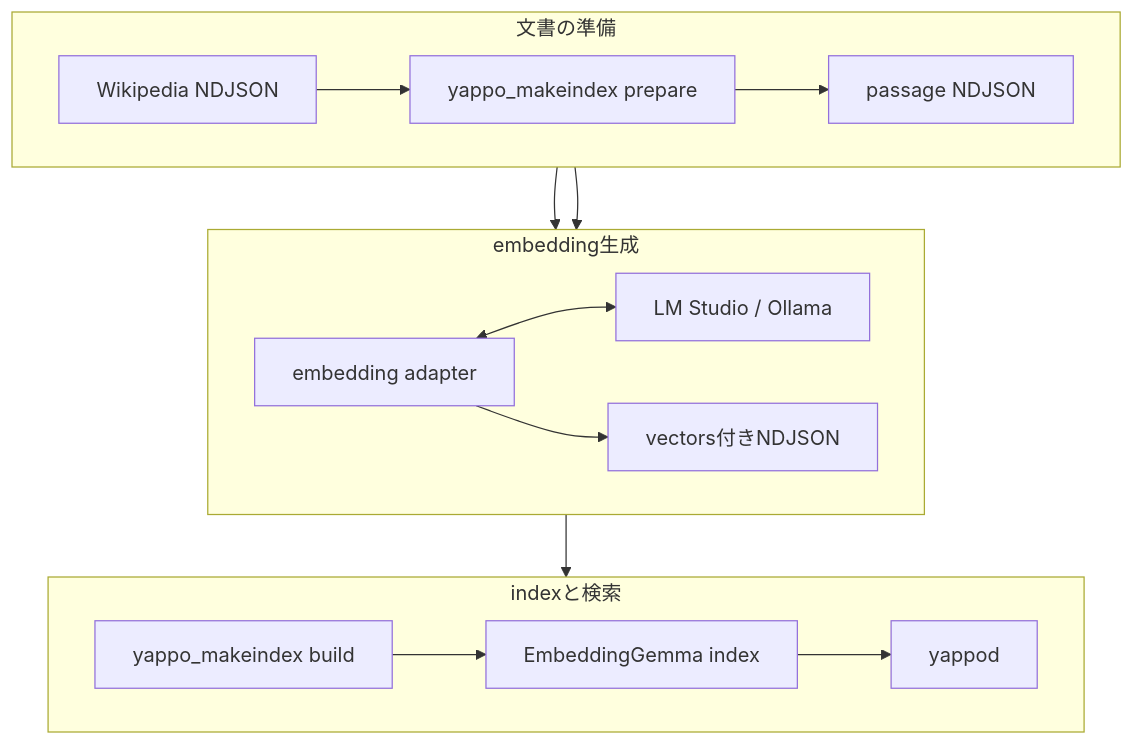
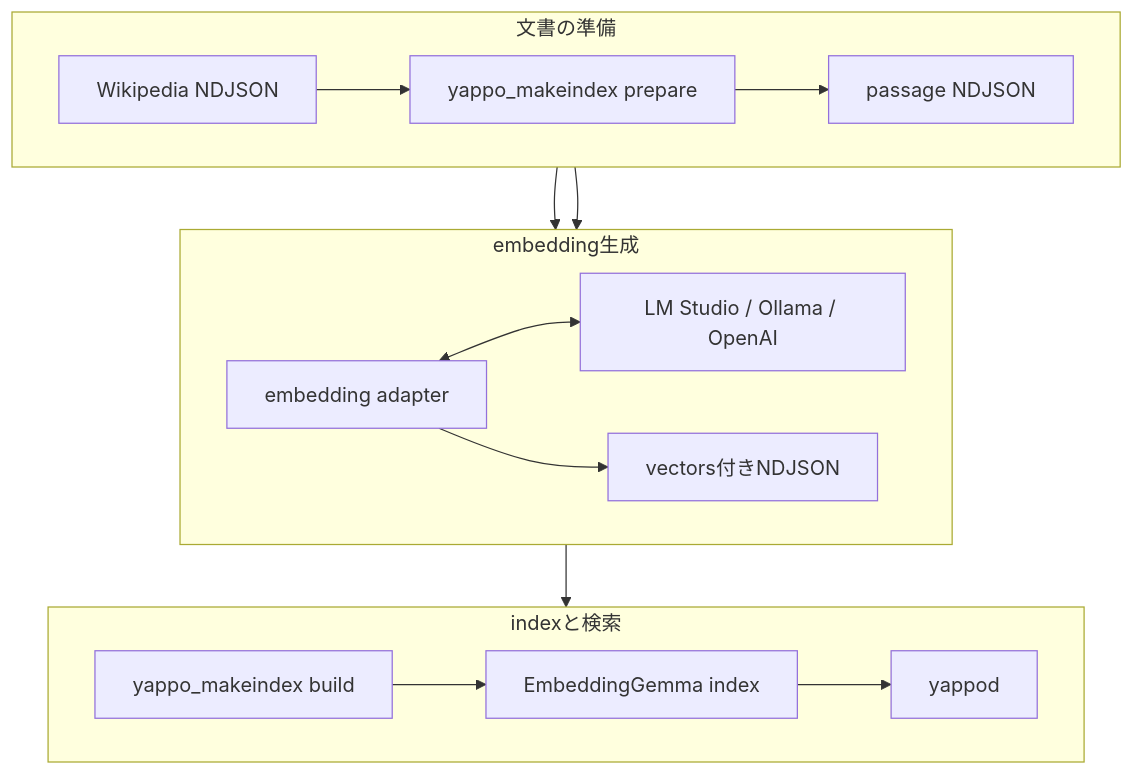
Before and after one commit to yappo/yappod2: the diagram in examples/wikipedia-search/docs/vector-search.md, drawn with Mermaid. The commit also changed other lines of this file and 22 other files, not shown here.

````diff
--- a/examples/wikipedia-search/docs/vector-search.md
+++ b/examples/wikipedia-search/docs/vector-search.md
@@ -16,30 +16,30 @@
 ```mermaid
 flowchart TB
   subgraph preparation["文書の準備"]
     direction LR
     documents["Wikipedia NDJSON"]
     prepare["yappo_makeindex prepare"]
     passages["passage NDJSON"]
   end
 
   subgraph embedding["embedding生成"]
     direction LR
-    provider["LM Studio / Ollama"]
+    provider["LM Studio / Ollama / OpenAI"]
     adapter["embedding adapter"]
     vectorized["vectors付きNDJSON"]
   end
 
   subgraph runtime["indexと検索"]
     direction LR
     indexer["yappo_makeindex build"]
     index["EmbeddingGemma index"]
     daemon["yappod"]
   end
 
   documents --> prepare --> passages
   passages --> adapter
   documents --> adapter
   adapter <--> provider
   adapter --> vectorized
   vectorized --> indexer --> index --> daemon
 ```
````
